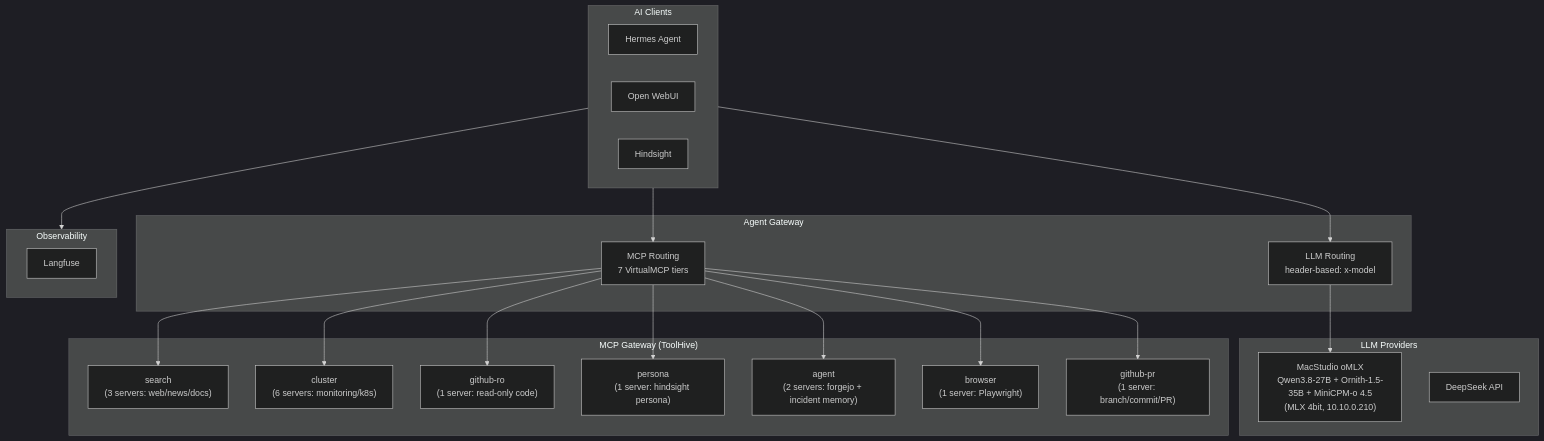
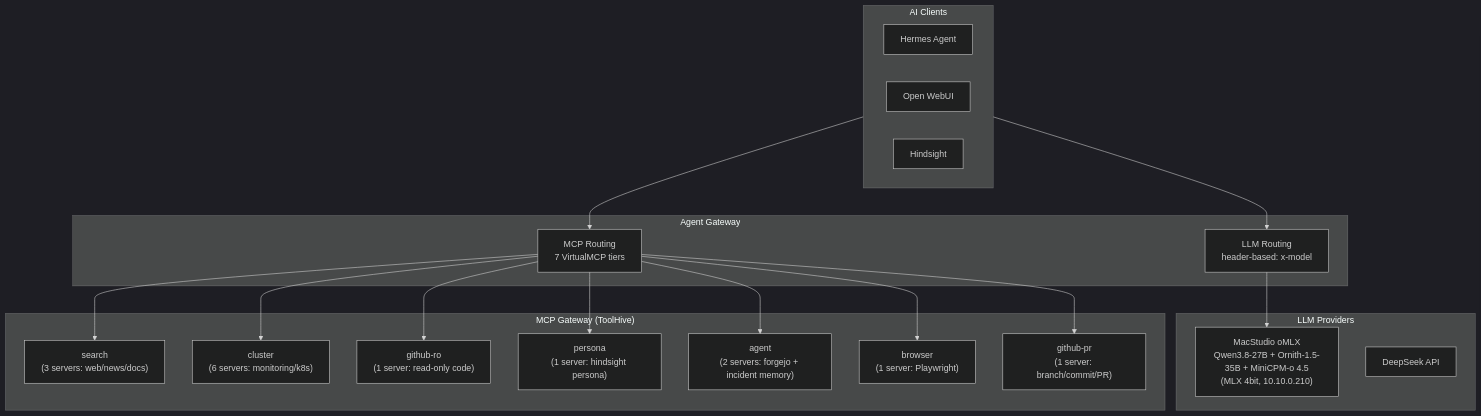
One commit to soulwhisper/home-ops changed the diagram in docs/application/ai.md. Above: the diagram before and after it, drawn with Mermaid (dark theme). The commit also changed other lines of this file and 35 other files, not shown here.

````diff
--- a/docs/application/ai.md
+++ b/docs/application/ai.md
@@ -8,45 +8,40 @@
 ```mermaid
 flowchart TB
     subgraph Clients["AI Clients"]
         Hermes["Hermes Agent"]
         OWUI["Open WebUI"]
         HS["Hindsight"]
     end
 
     subgraph Gateway["Agent Gateway"]
         AG-LLM["LLM Routing<br/>header-based: x-model"]
         AG-MCP["MCP Routing<br/>7 VirtualMCP tiers"]
     end
 
     subgraph LLM["LLM Providers"]
         Studio["MacStudio oMLX<br/>Qwen3.8-27B + Ornith-1.5-35B + MiniCPM-o 4.5<br/>(MLX 4bit, 10.10.0.210)"]
         External["DeepSeek API"]
     end
 
     subgraph MCP["MCP Gateway (ToolHive)"]
         VMCP-SEARCH["search<br/>(3 servers: web/news/docs)"]
         VMCP-CLUSTER["cluster<br/>(6 servers: monitoring/k8s)"]
         VMCP-GITHUBRO["github-ro<br/>(1 server: read-only code)"]
         VMCP-HOME["persona<br/>(1 server: hindsight persona)"]
 
         VMCP-AGENT["agent<br/>(2 servers: forgejo + incident memory)"]
         VMCP-BROWSER["browser<br/>(1 server: Playwright)"]
         VMCP-GITHUBPR["github-pr<br/>(1 server: branch/commit/PR)"]
     end
 
-    subgraph Obs["Observability"]
-        Langfuse["Langfuse"]
-    end
-
     Clients --> AG-LLM
     Clients --> AG-MCP
     AG-LLM --> Studio
     AG-MCP --> VMCP-SEARCH
     AG-MCP --> VMCP-CLUSTER
     AG-MCP --> VMCP-GITHUBRO
     AG-MCP --> VMCP-HOME
     AG-MCP --> VMCP-AGENT
     AG-MCP --> VMCP-BROWSER
     AG-MCP --> VMCP-GITHUBPR
-    Clients --> Obs
 ```
````
